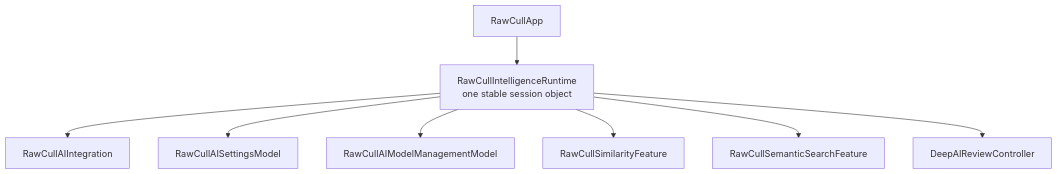
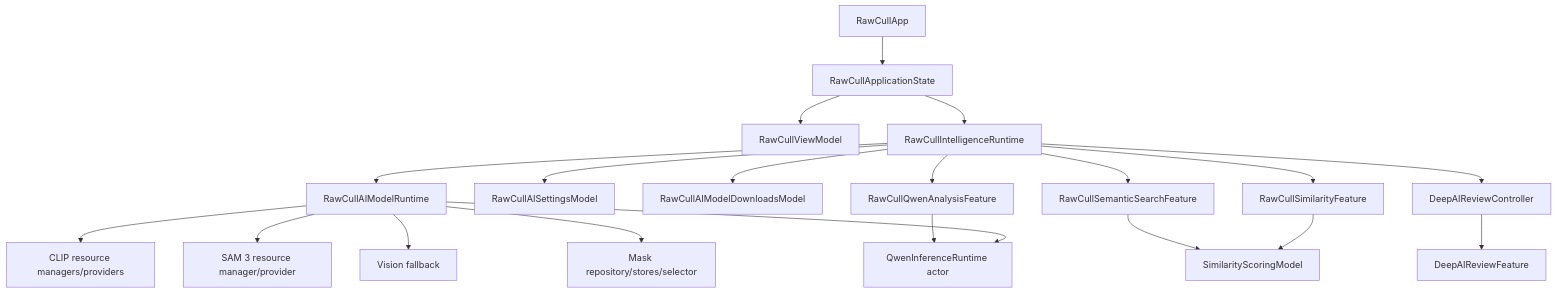
One commit to rsyncOSX/TechDocRawcull changed the first of 4 diagrams in content/en/docs/runtime.md. Above: the diagram before and after it, drawn with Mermaid. The commit also changed other lines of this file and 1 other file, not shown here.

````diff
--- a/content/en/docs/runtime.md
+++ b/content/en/docs/runtime.md
@@ -24,10 +38,25 @@
 ```mermaid
 flowchart TD
-    App["RawCullApp"] --> Runtime["RawCullIntelligenceRuntime<br/>one stable session object"]
-    Runtime --> Integration["RawCullAIIntegration"]
+    App["RawCullApp"] --> AppState["RawCullApplicationState"]
+    AppState --> VM["RawCullViewModel"]
+    AppState --> Runtime["RawCullIntelligenceRuntime"]
+
+    Runtime --> ModelRuntime["RawCullAIModelRuntime"]
     Runtime --> Settings["RawCullAISettingsModel"]
-    Runtime --> Management["RawCullAIModelManagementModel"]
+    Runtime --> Downloads["RawCullAIModelDownloadsModel"]
     Runtime --> Similarity["RawCullSimilarityFeature"]
     Runtime --> Semantic["RawCullSemanticSearchFeature"]
     Runtime --> Review["DeepAIReviewController"]
+    Runtime --> Qwen["RawCullQwenAnalysisFeature"]
+
+    ModelRuntime --> CLIP["CLIP resource managers/providers"]
+    ModelRuntime --> SAM["SAM 3 resource manager/provider"]
+    ModelRuntime --> QwenActor["QwenInferenceRuntime actor"]
+    ModelRuntime --> Vision["Vision fallback"]
+    ModelRuntime --> Masks["Mask repository/stores/selector"]
+
+    Similarity --> SharedModel["SimilarityScoringModel"]
+    Semantic --> SharedModel
+    Review --> DeepFeature["DeepAIReviewFeature"]
+    Qwen --> QwenActor
 ```
````
